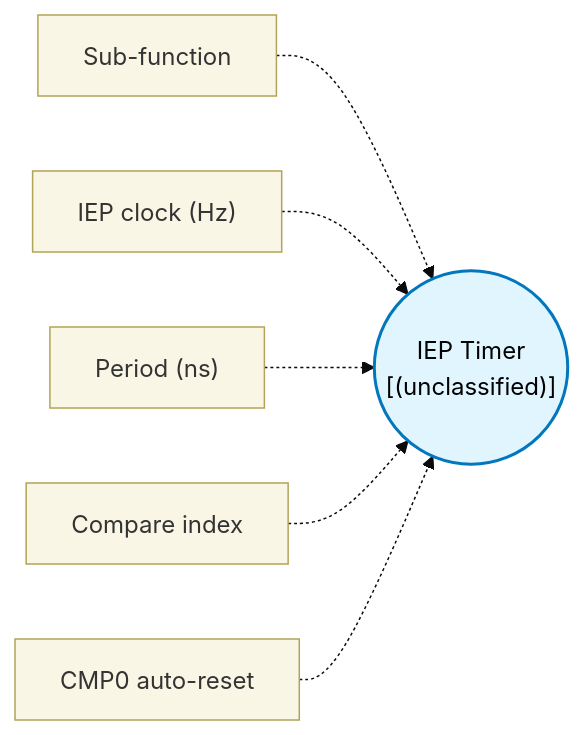
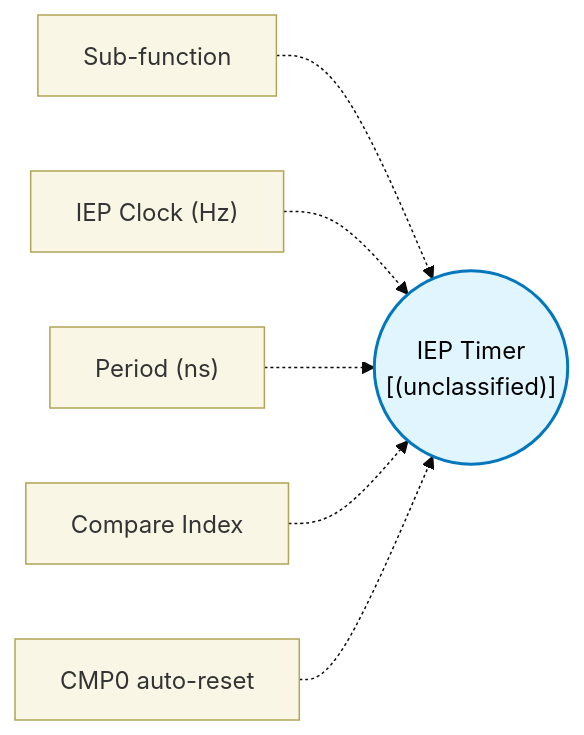
Before and after one commit to TexasInstruments/pru-no-code-tool: the diagram in docs/block-reference/blocks/iep_block/design.md, drawn with Mermaid (base theme). The commit also changed other lines of this file and 89 other files, not shown here.

````diff
--- a/docs/block-reference/blocks/iep_block/design.md
+++ b/docs/block-reference/blocks/iep_block/design.md
@@ -11,11 +11,11 @@
 ```mermaid
 flowchart LR
   classDef config fill:#f9f6e5,stroke:#b1a457,stroke-width:1px,color:#333;
   classDef core fill:#e1f5fe,stroke:#0277bd,stroke-width:2px,color:#000;
   CORE(("IEP Timer\n[(unclassified)]")):::core
   CFG0["Sub-function"]:::config -.-> CORE
-  CFG1["IEP clock (Hz)"]:::config -.-> CORE
+  CFG1["IEP Clock (Hz)"]:::config -.-> CORE
   CFG2["Period (ns)"]:::config -.-> CORE
-  CFG3["Compare index"]:::config -.-> CORE
+  CFG3["Compare Index"]:::config -.-> CORE
   CFG4["CMP0 auto-reset"]:::config -.-> CORE
 ```
````
